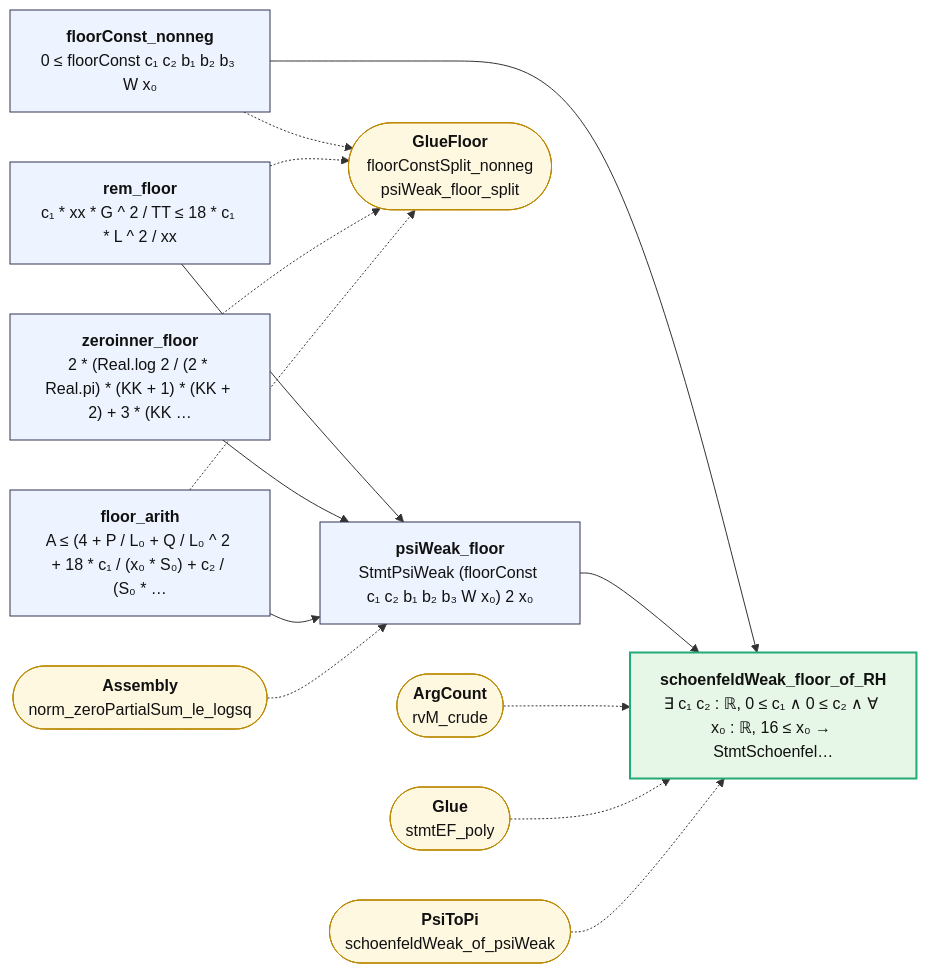
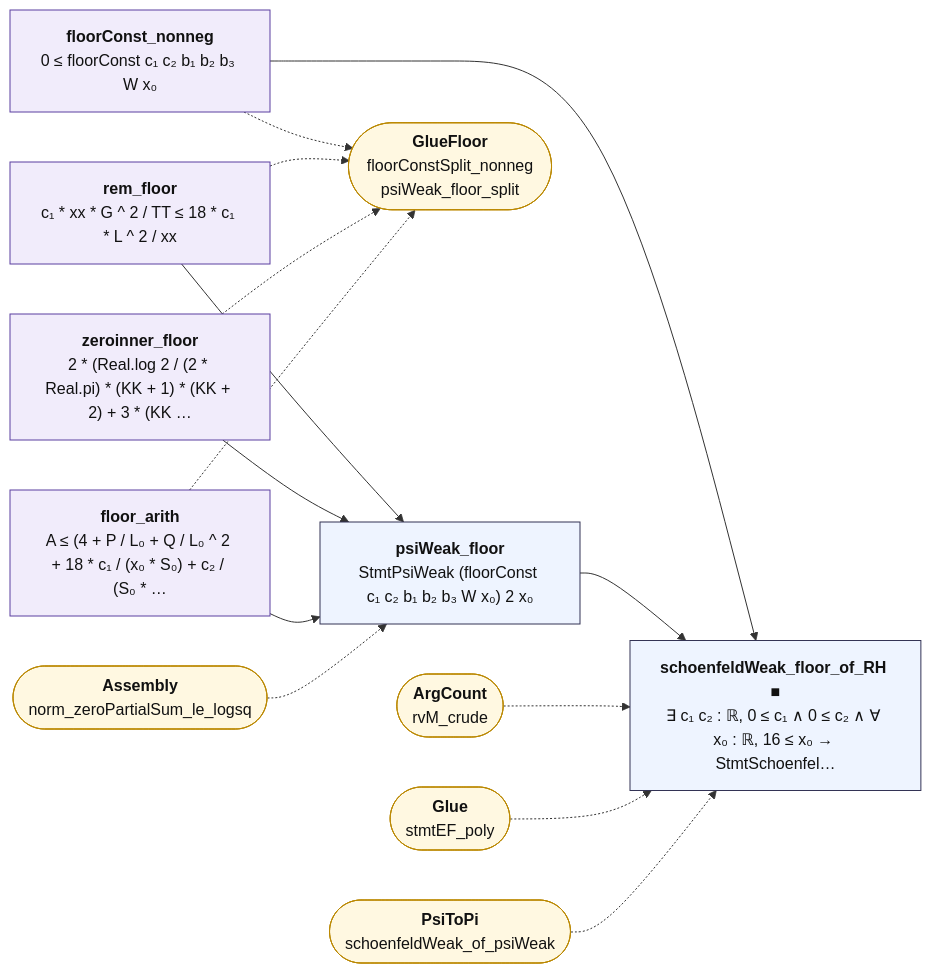
The diagram in map/lean_stage3/AssemblyFloor.md (juliansambranojr/Primebeat_081426), drawn with Mermaid before and after one commit. The commit also changed other lines of this file and 398 other files, not shown here.

````diff
--- a/map/lean_stage3/AssemblyFloor.md
+++ b/map/lean_stage3/AssemblyFloor.md
@@ -12,32 +12,35 @@
 ```mermaid
 flowchart LR
-  n0["<b>floorConst_nonneg</b><br/>0 ≤ floorConst c₁ c₂ b₁ b₂ b₃ W x₀"]:::thm
-  n1["<b>rem_floor</b><br/>c₁ * xx * G ^ 2 / TT ≤ 18 * c₁ * L ^ 2 / xx"]:::thm
-  n2["<b>zeroinner_floor</b><br/>2 * (Real.log 2 / (2 * Real.pi) * (KK + 1) * (KK + 2) + 3 * (KK …"]:::thm
-  n3["<b>floor_arith</b><br/>A ≤ (4 + P / L₀ + Q / L₀ ^ 2 + 18 * c₁ / (x₀ * S₀) + c₂ / (S₀ * …"]:::thm
+  n0["<b>floorConst_nonneg</b><br/>0 ≤ floorConst c₁ c₂ b₁ b₂ b₃ W x₀"]:::shp
+  n1["<b>rem_floor</b><br/>c₁ * xx * G ^ 2 / TT ≤ 18 * c₁ * L ^ 2 / xx"]:::shp
+  n2["<b>zeroinner_floor</b><br/>2 * (Real.log 2 / (2 * Real.pi) * (KK + 1) * (KK + 2) + 3 * (KK …"]:::shp
+  n3["<b>floor_arith</b><br/>A ≤ (4 + P / L₀ + Q / L₀ ^ 2 + 18 * c₁ / (x₀ * S₀) + c₂ / (S₀ * …"]:::shp
   n4["<b>psiWeak_floor</b><br/>StmtPsiWeak (floorConst c₁ c₂ b₁ b₂ b₃ W x₀) 2 x₀"]:::thm
-  n5["<b>schoenfeldWeak_floor_of_RH</b><br/>∃ c₁ c₂ : ℝ, 0 ≤ c₁ ∧ 0 ≤ c₂ ∧ ∀ x₀ : ℝ, 16 ≤ x₀ → StmtSchoenfel…"]:::end_
+  n5["<b>schoenfeldWeak_floor_of_RH ■</b><br/>∃ c₁ c₂ : ℝ, 0 ≤ c₁ ∧ 0 ≤ c₂ ∧ ∀ x₀ : ℝ, 16 ≤ x₀ → StmtSchoenfel…"]:::thm
   x0(["<b>GlueFloor</b><br/>floorConstSplit_nonneg<br/>psiWeak_floor_split"]):::ext
   x1(["<b>Assembly</b><br/>norm_zeroPartialSum_le_logsq"]):::ext
   x2(["<b>ArgCount</b><br/>rvM_crude"]):::ext
   x3(["<b>Glue</b><br/>stmtEF_poly"]):::ext
   x4(["<b>PsiToPi</b><br/>schoenfeldWeak_of_psiWeak"]):::ext
   n0 --> n5
   n1 --> n4
   n2 --> n4
   n3 --> n4
   n4 --> n5
   n0 -.-> x0
   n1 -.-> x0
   n2 -.-> x0
   n3 -.-> x0
   x1 -.-> n4
   x2 -.-> n5
   x3 -.-> n5
   x4 -.-> n5
+  classDef cnt fill:#dff5ec,stroke:#17694a,color:#111
+  classDef shp fill:#f1ecfb,stroke:#5b3fa0,color:#111
+  classDef rh fill:#ffe5e5,stroke:#c22,color:#111,stroke-width:2px
   classDef thm fill:#eef4ff,stroke:#335,color:#111
   classDef end_ fill:#e7f7e7,stroke:#2a7,color:#111,stroke-width:2px
   classDef lone fill:#fff,stroke:#999,color:#111,stroke-dasharray:4 3
   classDef bad fill:#ffe5e5,stroke:#c22,color:#111,stroke-width:2px
   classDef ext fill:#fff8e1,stroke:#b80,color:#111
 ```
````
